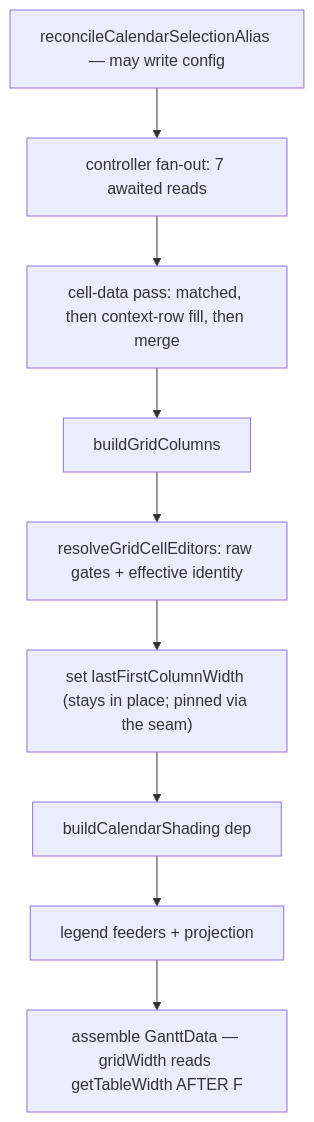
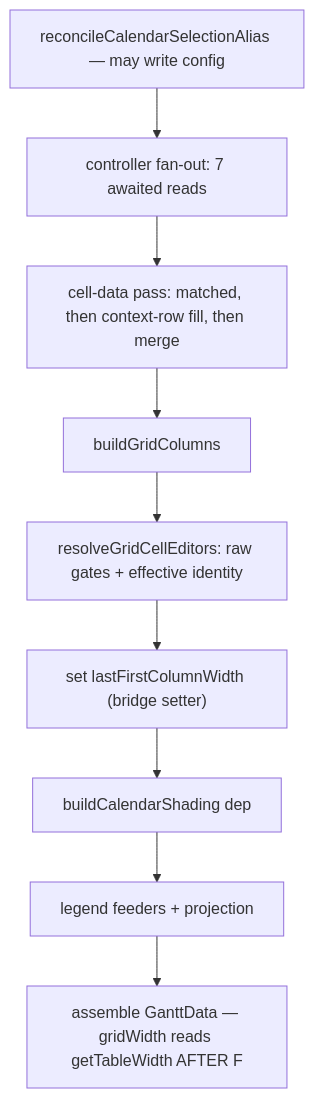
One commit to renatomen/tasknotes-gantt changed the second of 2 diagrams in docs/plans/2026-08-29-001-refactor-register-render-data-extraction-plan.md. Above: the diagram before and after it, drawn with Mermaid. The commit also changed other lines of this file and 1 other file, not shown here.

````diff
--- a/docs/plans/2026-08-29-001-refactor-register-render-data-extraction-plan.md
+++ b/docs/plans/2026-08-29-001-refactor-register-render-data-extraction-plan.md
@@ -193,9 +166,9 @@
 ```mermaid
 flowchart TB
   A[reconcileCalendarSelectionAlias — may write config] --> B[controller fan-out: 7 awaited reads]
   B --> C[cell-data pass: matched, then context-row fill, then merge]
   C --> D[buildGridColumns] --> E[resolveGridCellEditors: raw gates + effective identity]
-  E --> F["set lastFirstColumnWidth (stays in place; pinned via the seam)"]
+  E --> F["set lastFirstColumnWidth (bridge setter)"]
   F --> G[buildCalendarShading dep] --> H[legend feeders + projection]
   H --> I["assemble GanttData — gridWidth reads getTableWidth AFTER F"]
 ```
````
